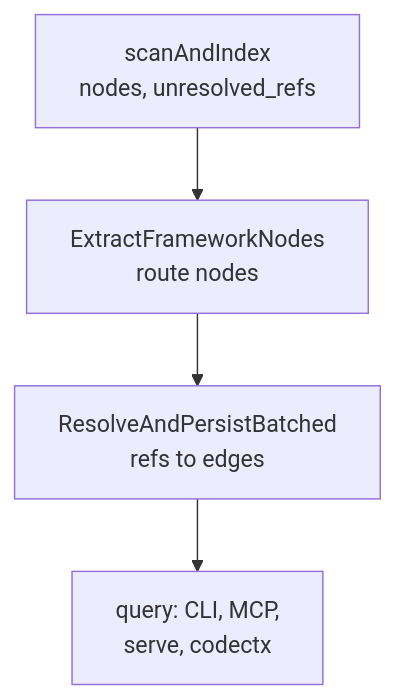
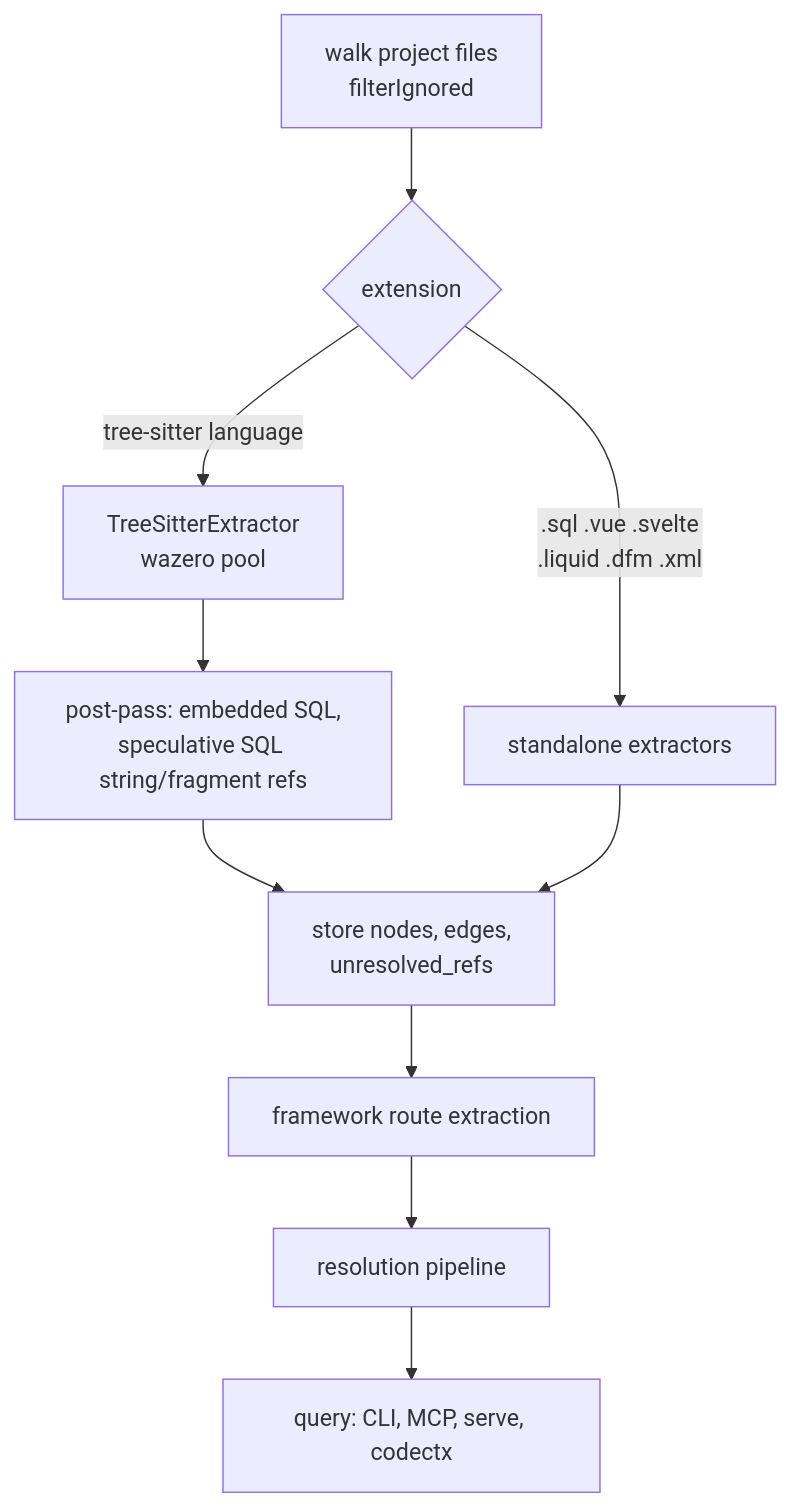
The first of 2 diagrams in docs/wiki/code-intel.md (damusix/atomic-claude), drawn with Mermaid before and after one commit. The commit also changed other lines of this file and 795 other files, not shown here.

First line of the commit message:
feat!: run Atomic on Claude Code, OMP, and Codex

````diff
--- a/docs/wiki/code-intel.md
+++ b/docs/wiki/code-intel.md
@@ -21,7 +21,12 @@
 ```mermaid
 flowchart TD
-    %% source: atomic/internal/codeintel/cli/code.go runIndex, engine/engine.go
-    S["scanAndIndex<br/>nodes, unresolved_refs"] --> F["ExtractFrameworkNodes<br/>route nodes"]
-    F --> R["ResolveAndPersistBatched<br/>refs to edges"]
-    R --> Q["query: CLI, MCP,<br/>serve, codectx"]
+    W["walk project files<br/>filterIgnored"] --> E{"extension"}
+    E -->|"tree-sitter language"| TS["TreeSitterExtractor<br/>wazero pool"]
+    E -->|".sql .vue .svelte<br/>.liquid .dfm .xml"| SA["standalone extractors"]
+    TS --> PP["post-pass: embedded SQL,<br/>speculative SQL string/fragment refs"]
+    PP --> ST
+    SA --> ST["store nodes, edges,<br/>unresolved_refs"]
+    ST --> FW["framework route extraction"]
+    FW --> RES["resolution pipeline"]
+    RES --> Q["query: CLI, MCP, serve, codectx"]
 ```
````
